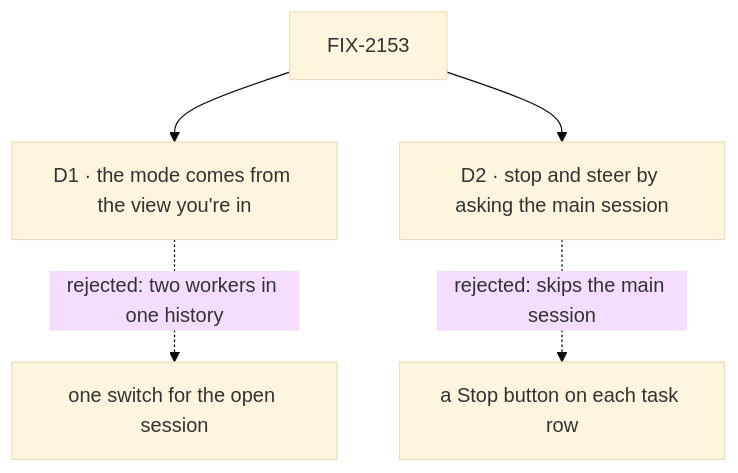
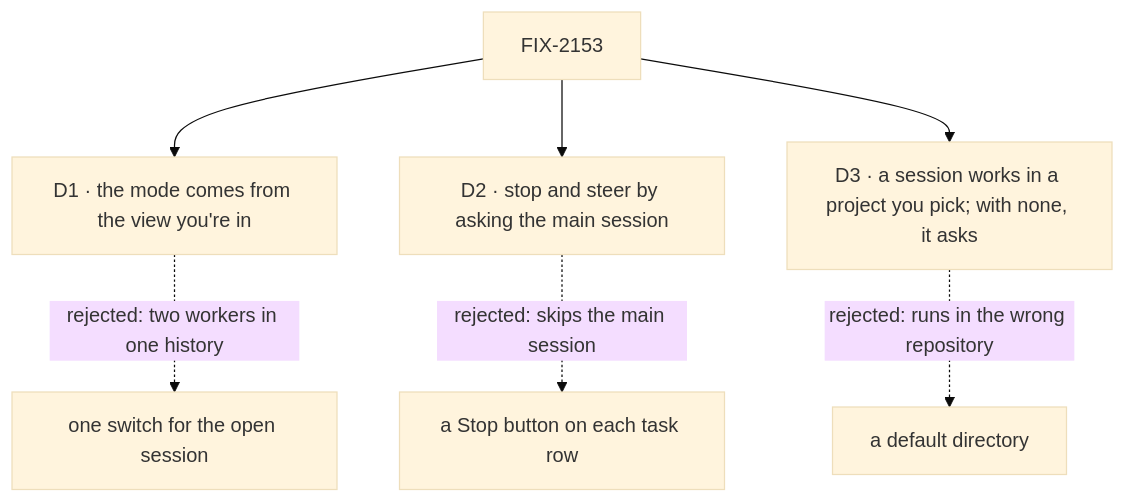
One commit to fixpoint-labs/flow-state-dev changed the diagram in specs/issues/FIX-2153/DECISIONS.md. Above: the diagram before and after it, drawn with Mermaid (base theme). The commit also changed other lines of this file and 3 other files, not shown here.

First line of the commit message:
spec(FIX-2153): a project per session (D3) and a coding harness on delegated workers

````diff
--- a/specs/issues/FIX-2153/DECISIONS.md
+++ b/specs/issues/FIX-2153/DECISIONS.md
@@ -11,7 +11,9 @@
 ```mermaid
 flowchart TD
   I["FIX-2153"] --> D1["D1 · the mode comes from the view you're in"]
   D1 -.->|"rejected: two workers in one history"| X1["one switch for the open session"]
   I --> D2["D2 · stop and steer by asking the main session"]
   D2 -.->|"rejected: skips the main session"| X2["a Stop button on each task row"]
+  I --> D3["D3 · a session works in a project you pick; with none, it asks"]
+  D3 -.->|"rejected: runs in the wrong repository"| X3["a default directory"]
 ```
````
